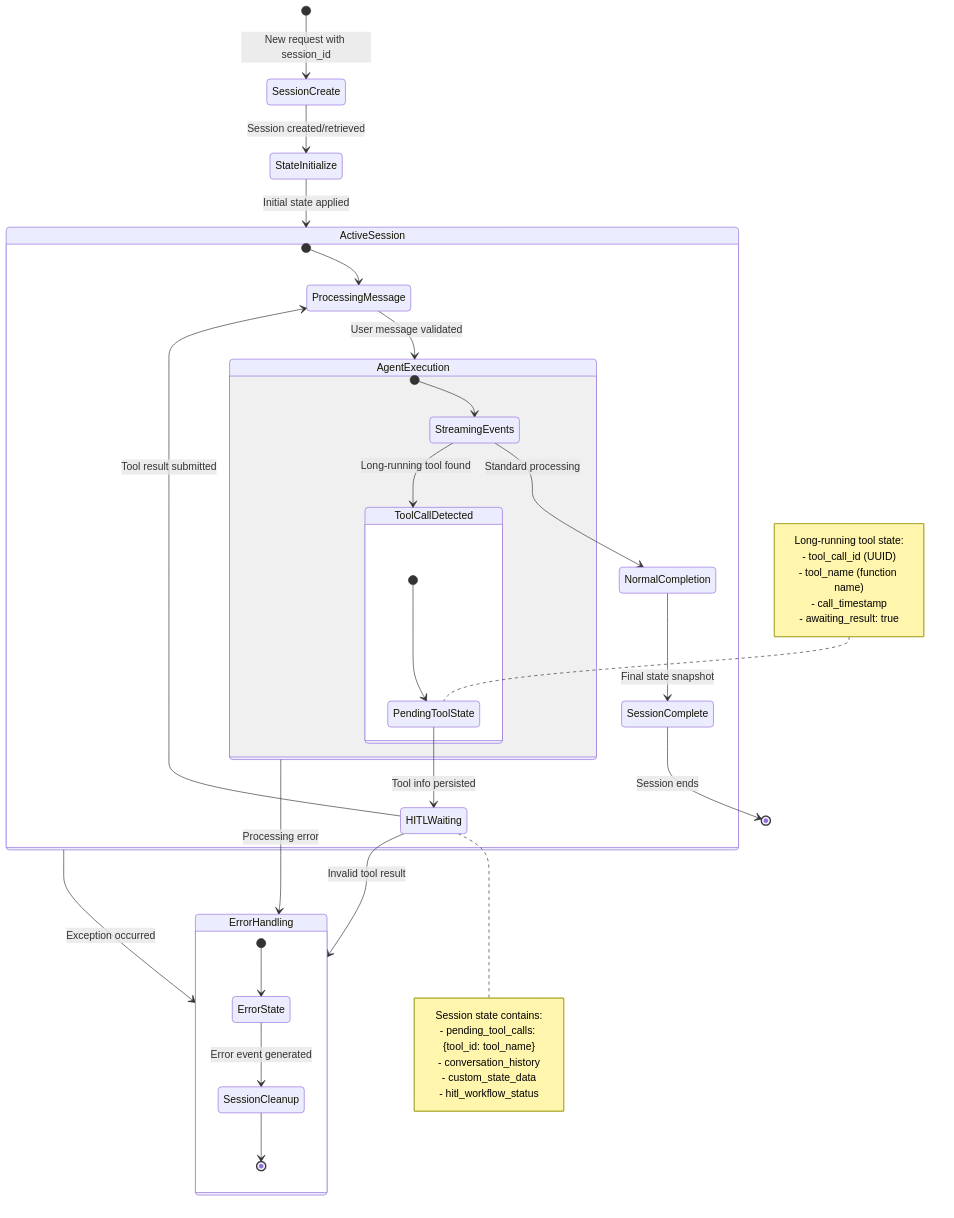
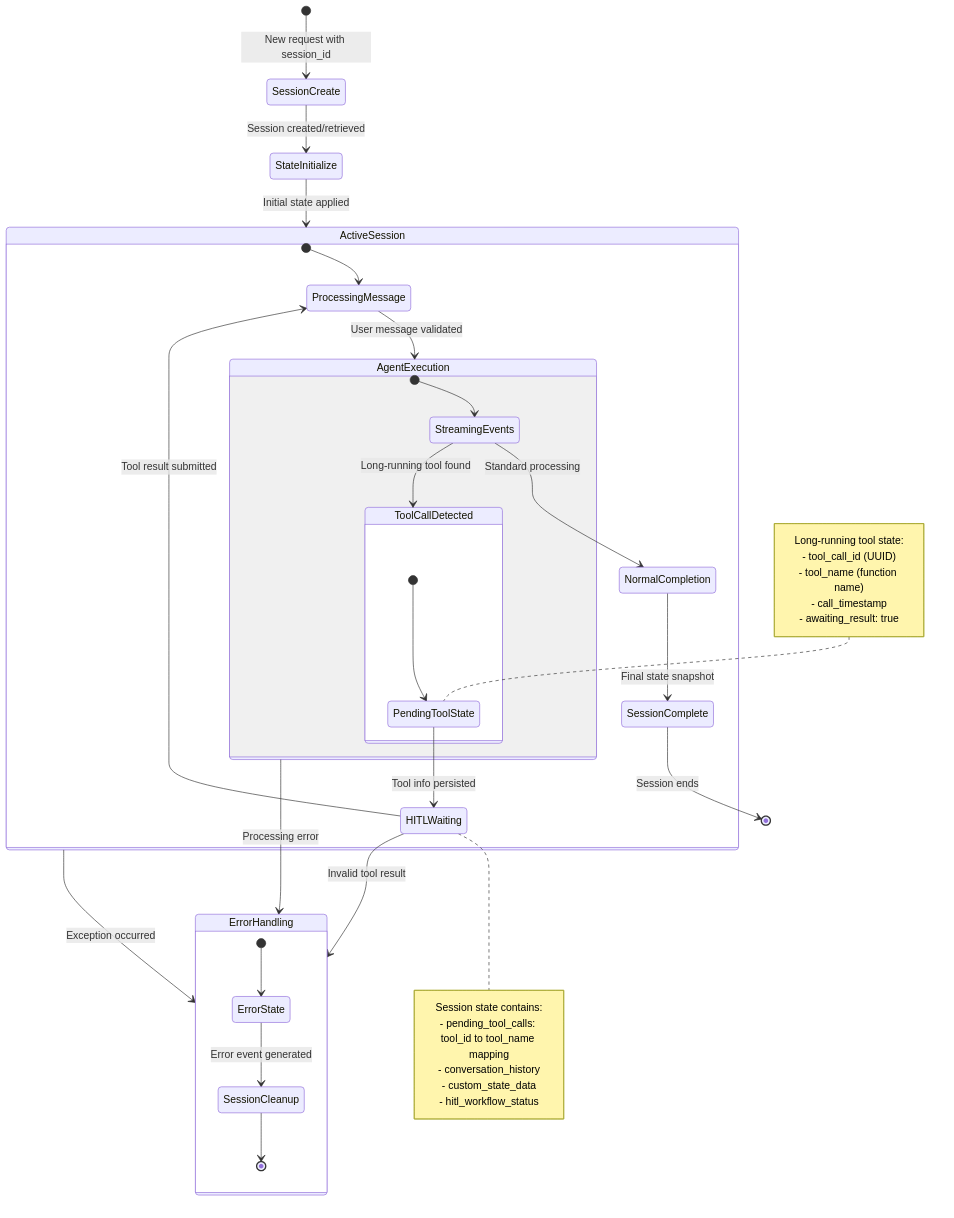
The fifth of 6 diagrams in README.md (trendmicro/adk-agui-middleware), drawn with Mermaid before and after one commit. The commit also changed other lines of this file and 4 other files, not shown here.

````diff
--- a/README.md
+++ b/README.md
@@ -544,54 +540,54 @@
 ```mermaid
 stateDiagram-v2
     [*] --> SessionCreate: New request with session_id
 
     SessionCreate --> StateInitialize: Session created/retrieved
     StateInitialize --> ActiveSession: Initial state applied
 
     state ActiveSession {
         [*] --> ProcessingMessage
         ProcessingMessage --> AgentExecution: User message validated
 
         state AgentExecution {
             [*] --> StreamingEvents
             StreamingEvents --> ToolCallDetected: Long-running tool found
             StreamingEvents --> NormalCompletion: Standard processing
 
             state ToolCallDetected {
                 [*] --> PendingToolState
                 PendingToolState --> HITLWaiting: Tool info persisted
             }
         }
 
         HITLWaiting --> ProcessingMessage: Tool result submitted
         NormalCompletion --> SessionComplete: Final state snapshot
     }
 
     SessionComplete --> [*]: Session ends
 
     state ErrorHandling {
         [*] --> ErrorState
         ErrorState --> SessionCleanup: Error event generated
         SessionCleanup --> [*]
     }
 
     ActiveSession --> ErrorHandling: Exception occurred
     AgentExecution --> ErrorHandling: Processing error
     HITLWaiting --> ErrorHandling: Invalid tool result
 
     note right of HITLWaiting
         Session state contains:
-        - pending_tool_calls: {tool_id: tool_name}
+        - pending_tool_calls: tool_id to tool_name mapping
         - conversation_history
         - custom_state_data
         - hitl_workflow_status
     end note
 
     note left of PendingToolState
         Long-running tool state:
         - tool_call_id (UUID)
         - tool_name (function name)
         - call_timestamp
         - awaiting_result: true
     end note
 ```
````
